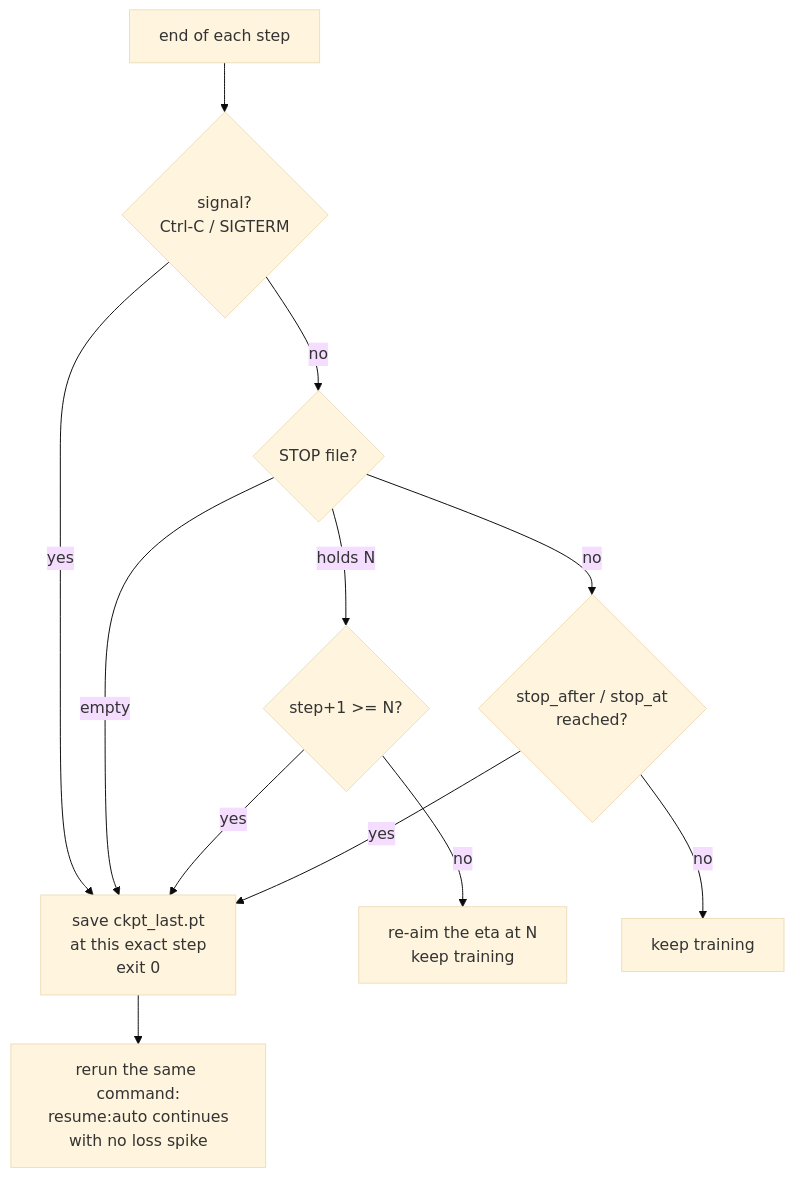
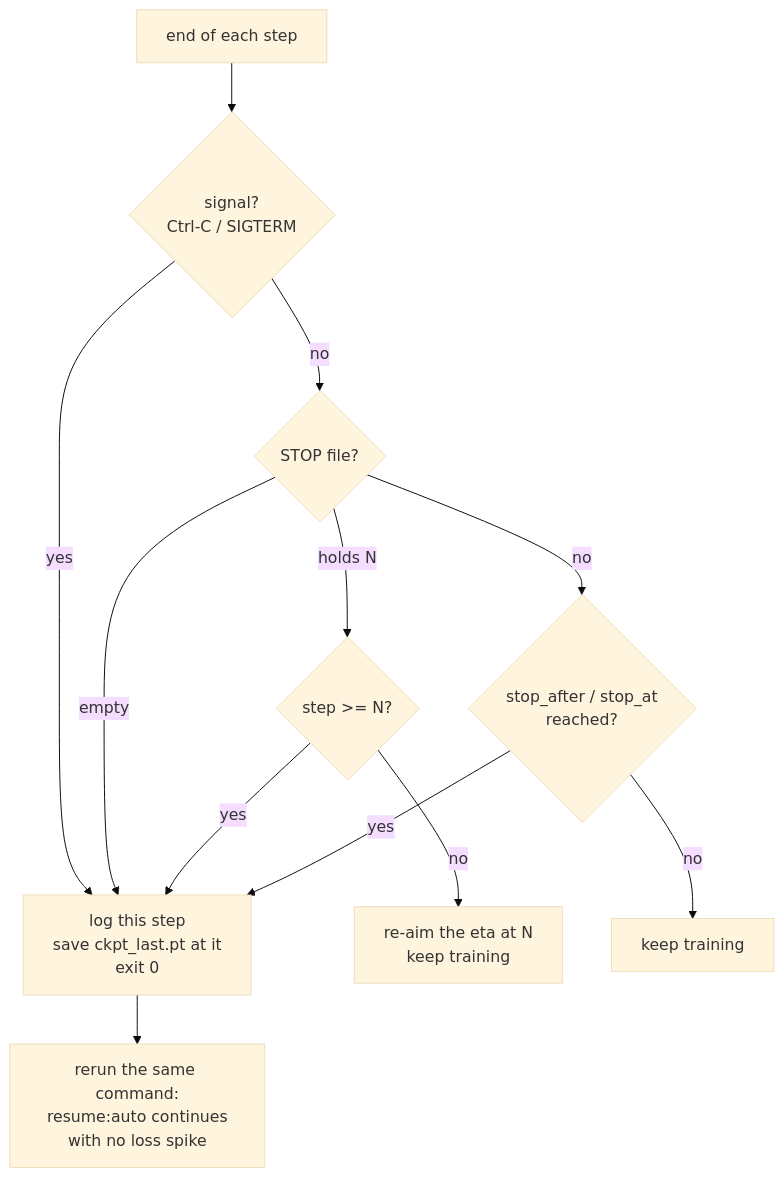
One commit to kunwarmahen/aksharallm changed the second of 2 diagrams in docs/04-pretraining.md. Above: the diagram before and after it, drawn with Mermaid (base theme). The commit also changed other lines of this file and 5 other files, not shown here.

First line of the commit message:
Bounded stops: make the target step inclusive, and always log the step you stopped on

````diff
--- a/docs/04-pretraining.md
+++ b/docs/04-pretraining.md
@@ -253,14 +263,14 @@
 ```mermaid
 flowchart TD
     S[end of each step] --> A{signal?<br/>Ctrl-C / SIGTERM}
-    A -- yes --> Z[save ckpt_last.pt<br/>at this exact step<br/>exit 0]
+    A -- yes --> Z[log this step<br/>save ckpt_last.pt at it<br/>exit 0]
     A -- no --> B{STOP file?}
     B -- "empty" --> Z
-    B -- "holds N" --> C{step+1 >= N?}
+    B -- "holds N" --> C{step >= N?}
     C -- yes --> Z
     C -- "no" --> D[re-aim the eta at N<br/>keep training]
     B -- no --> E{stop_after / stop_at<br/>reached?}
     E -- yes --> Z
     E -- no --> F[keep training]
     Z --> R[rerun the same command:<br/>resume:auto continues<br/>with no loss spike]
 ```
````
